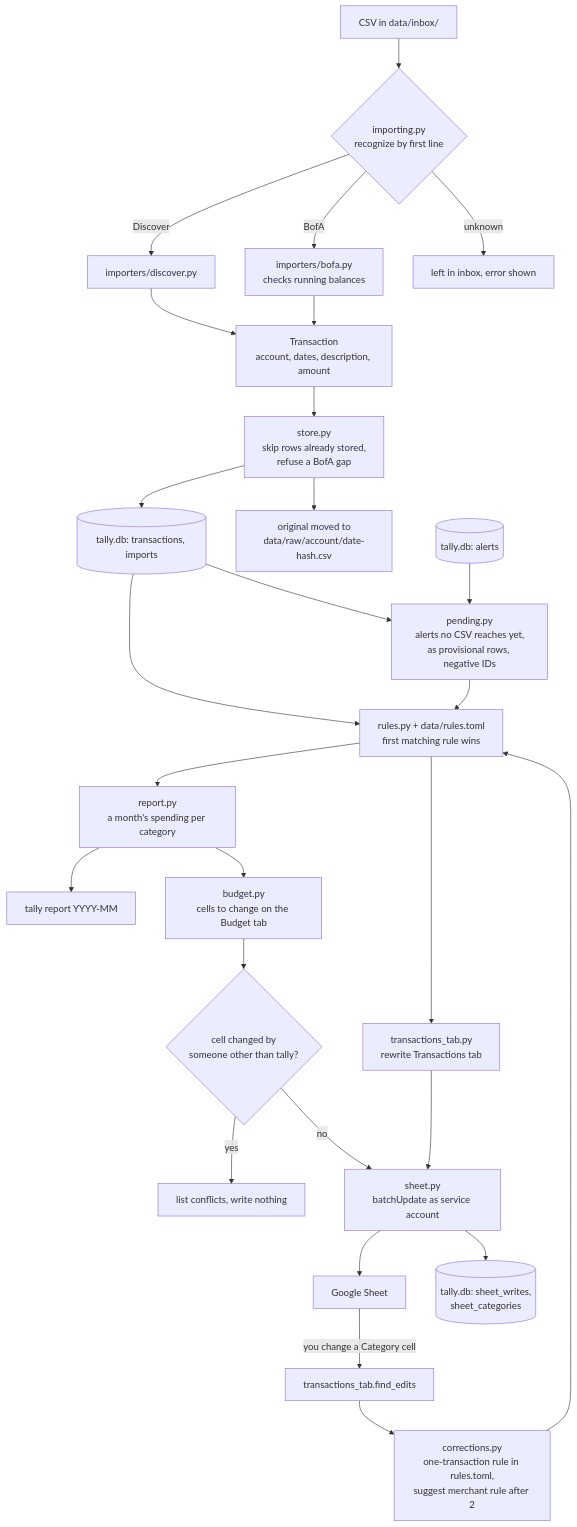
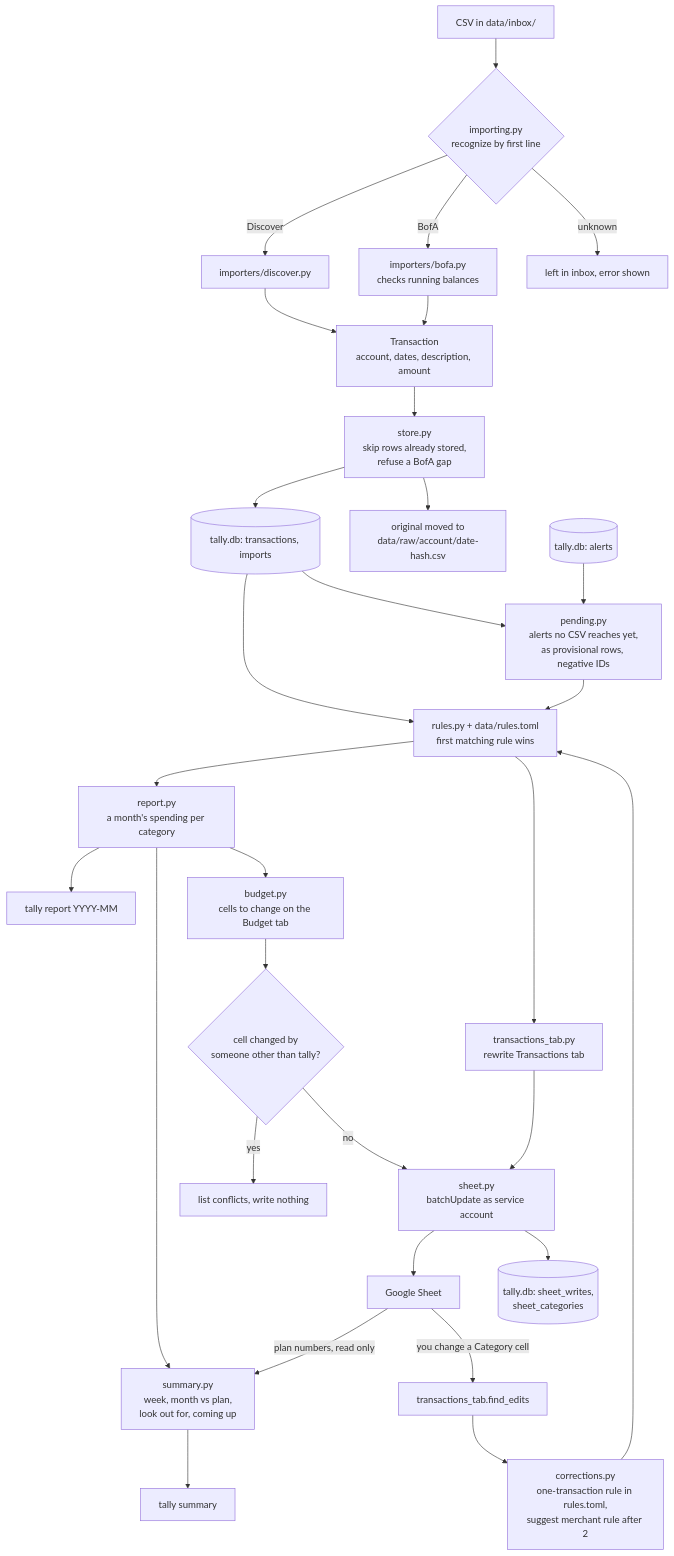
The third of 6 diagrams in docs/architecture.md (vmenon04/tally), drawn with Mermaid before and after one commit. The commit also changed other lines of this file and 12 other files, not shown here.

Commit message:
Add a weekly summary with rule-based advice; keep this month's planned Roth amount until it happens

````diff
--- a/docs/architecture.md
+++ b/docs/architecture.md
@@ -117,32 +117,35 @@
 ```mermaid
 flowchart TD
     csv["CSV in data/inbox/"] --> recognize{"importing.py<br/>recognize by first line"}
     recognize -- "Discover" --> dparse["importers/discover.py"]
     recognize -- "BofA" --> bparse["importers/bofa.py<br/>checks running balances"]
     recognize -- "unknown" --> stay["left in inbox, error shown"]
     dparse --> txn["Transaction<br/>account, dates, description, amount"]
     bparse --> txn
     txn --> save["store.py<br/>skip rows already stored,<br/>refuse a BofA gap"]
     save --> db[("tally.db: transactions, imports")]
     save --> archive["original moved to<br/>data/raw/account/date-hash.csv"]
 
     db --> categorize["rules.py + data/rules.toml<br/>first matching rule wins"]
     alerts_db[("tally.db: alerts")] --> waiting["pending.py<br/>alerts no CSV reaches yet,<br/>as provisional rows, negative IDs"]
     db --> waiting
     waiting --> categorize
     categorize --> rep["report.py<br/>a month's spending per category"]
     rep --> cli_report["tally report YYYY-MM"]
+    rep --> weekly["summary.py<br/>week, month vs plan,<br/>look out for, coming up"]
+    gsheet -- "plan numbers, read only" --> weekly
+    weekly --> cli_summary["tally summary"]
 
     rep --> plan["budget.py<br/>cells to change on the Budget tab"]
     plan --> conflicts{"cell changed by<br/>someone other than tally?"}
     conflicts -- "yes" --> stop["list conflicts, write nothing"]
     conflicts -- "no" --> write["sheet.py<br/>batchUpdate as service account"]
     categorize --> tab["transactions_tab.py<br/>rewrite Transactions tab"]
     tab --> write
     write --> gsheet["Google Sheet"]
     write --> record[("tally.db: sheet_writes,<br/>sheet_categories")]
 
     gsheet -- "you change a Category cell" --> edits["transactions_tab.find_edits"]
     edits --> corr["corrections.py<br/>one-transaction rule in rules.toml,<br/>suggest merchant rule after 2"]
     corr --> categorize
 ```
````
